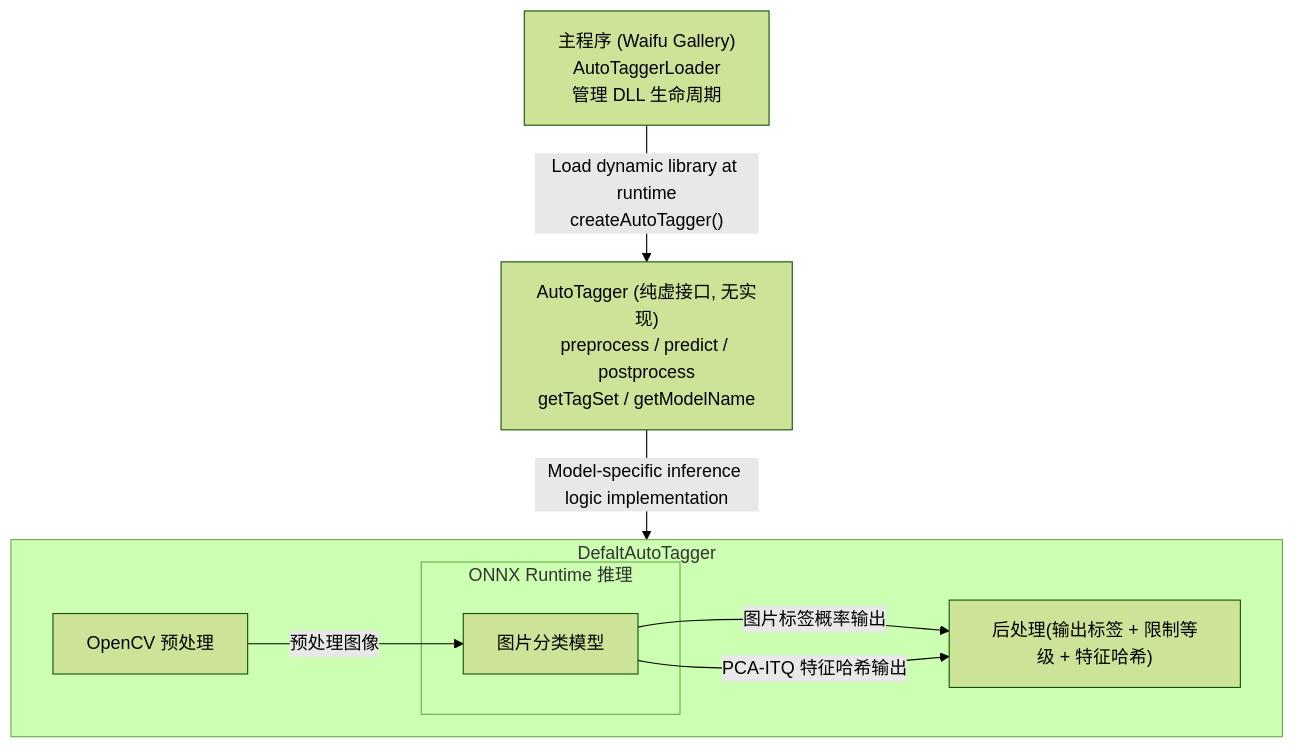
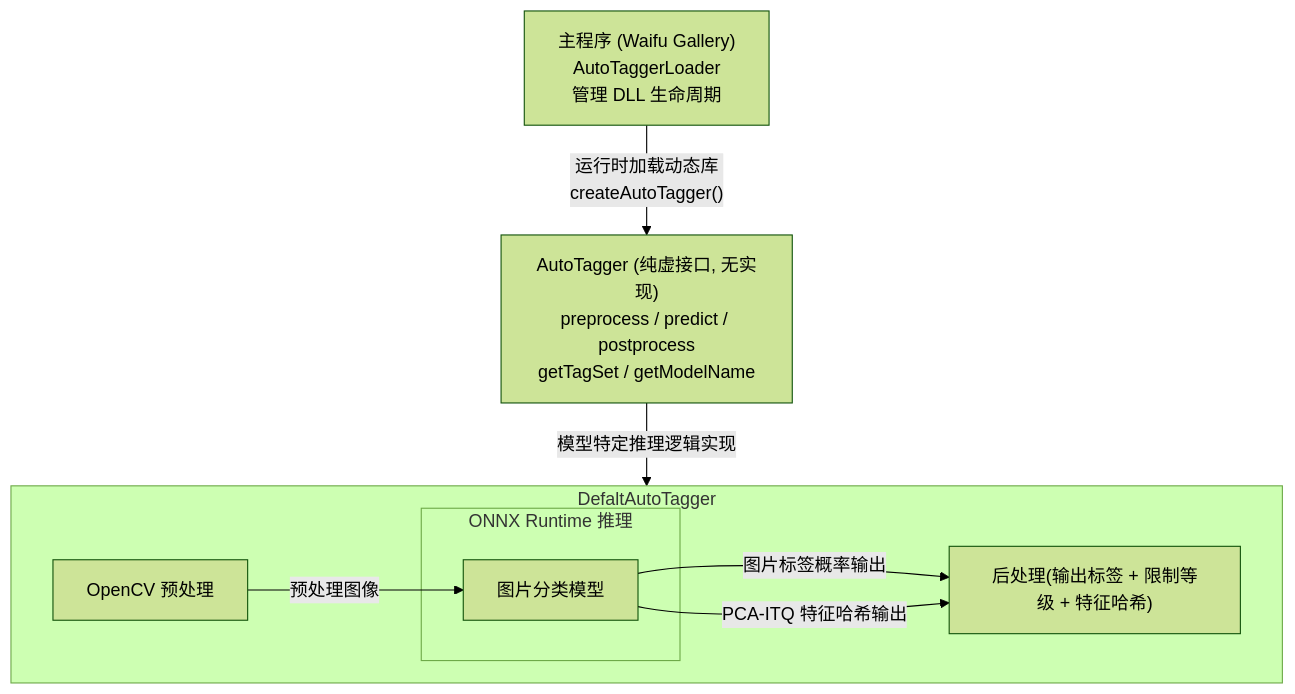
One commit to R4nd5tr/onnx-deepdanbooru changed the diagram in README.md. Above: the diagram before and after it, drawn with Mermaid (forest theme).

````diff
--- a/README.md
+++ b/README.md
@@ -34,19 +34,19 @@
 ``` mermaid
 flowchart TD
     A["主程序 (Waifu Gallery)<br/>AutoTaggerLoader<br/>管理 DLL 生命周期"]
     C["AutoTagger (纯虚接口, 无实现)<br/>preprocess / predict / postprocess<br/>getTagSet / getModelName"]
     subgraph D["DefaltAutoTagger"]
         E["OpenCV 预处理"]
         subgraph J["ONNX Runtime 推理"]
             F["图片分类模型"]
         end
         I["后处理(输出标签 + 限制等级 + 特征哈希)"]
 
         E -->|"预处理图像"| F
         F -->|"图片标签概率输出"| I
         F -->|"PCA-ITQ 特征哈希输出"| I
     end
 
-    A -->|"Load dynamic library at runtime<br/>createAutoTagger()"| C
-    C -->|"Model-specific inference logic implementation"| D
+    A -->|"运行时加载动态库<br/>createAutoTagger()"| C
+    C -->|"模型特定推理逻辑实现"| D
 ```
````
